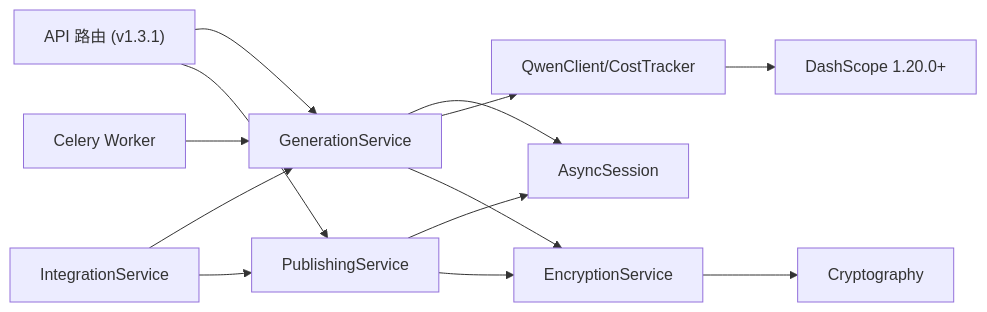
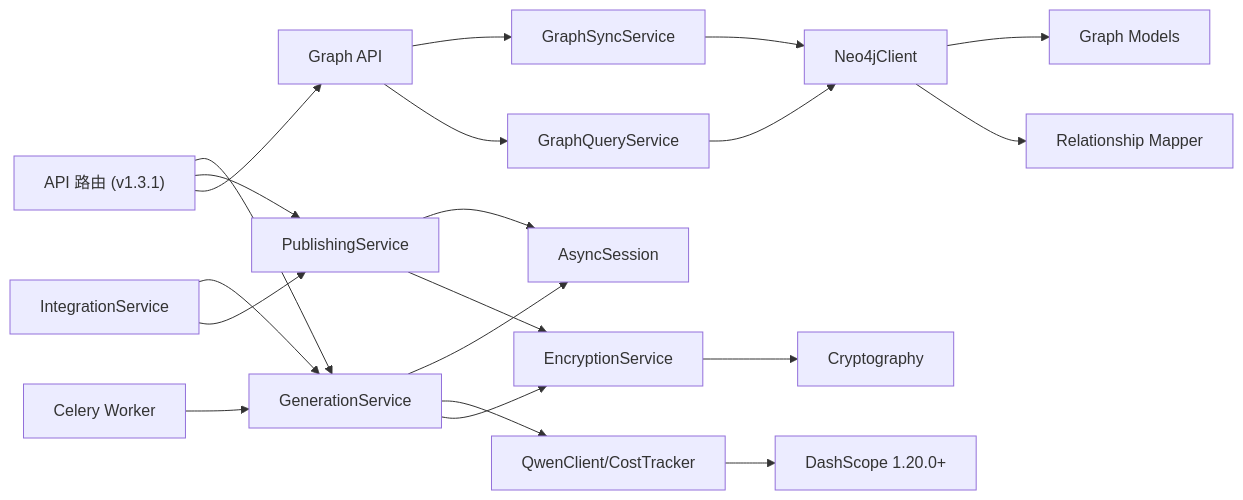
Before and after one commit to xfbyxq/ai-novel-system: diagram 13 of 13 in .qoder/repowiki/zh/content/后端架构/后端架构.md, drawn with Mermaid. The commit also changed other lines of this file and 19 other files, not shown here.

First line of the commit message:
feat(graph): 新增图数据库完整支持与AI聊天集成

````diff
--- a/.qoder/repowiki/zh/content/后端架构/后端架构.md
+++ b/.qoder/repowiki/zh/content/后端架构/后端架构.md
@@ -541,15 +756,22 @@
 ```mermaid
 graph LR
 API["API 路由 (v1.3.1)"] --> SGen["GenerationService"]
 API --> SPub["PublishingService"]
+API --> SGraph["Graph API"]
 SInt["IntegrationService"] --> SGen
 SInt --> SPub
 SGen --> DB["AsyncSession"]
 SPub --> DB
+SGraph --> GSync["GraphSyncService"]
+SGraph --> GQuery["GraphQueryService"]
 SGen --> LLM["QwenClient/CostTracker"]
 SGen --> Enc["EncryptionService"]
 SPub --> Enc
+GSync --> Neo4j["Neo4jClient"]
+GQuery --> Neo4j
+Neo4j --> GraphModels["Graph Models"]
+Neo4j --> RelMapper["Relationship Mapper"]
 Celery["Celery Worker"] --> SGen
 Enc --> Crypto["Cryptography"]
 LLM --> DashScope["DashScope 1.20.0+"]
 ```
````
